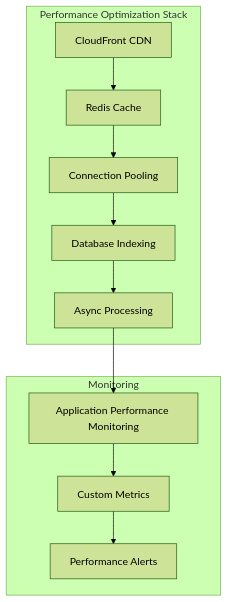
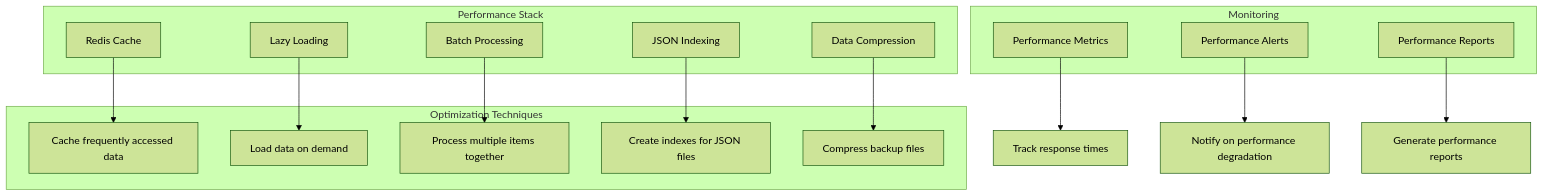
Before and after one commit to Shakour-Data/AutoProjectManagement: diagram 15 of 18 in Docs/Software_Engineering/Software_Architecture_Document.md, drawn with Mermaid (forest theme). The commit also changed other lines of this file, not shown here.

````diff
--- a/Docs/Software_Engineering/Software_Architecture_Document.md
+++ b/Docs/Software_Engineering/Software_Architecture_Document.md
@@ -704,24 +724,28 @@
 ```mermaid
 graph TB
-    subgraph "Performance Optimization Stack"
-        CDN[CloudFront CDN]
+    subgraph "Performance Stack"
         Cache[Redis Cache]
-        DBPool[Connection Pooling]
-        Index[Database Indexing]
-        Async[Async Processing]
+        Lazy[Lazy Loading]
+        Batch[Batch Processing]
+        Index[JSON Indexing]
+        Compress[Data Compression]
     end
     
     subgraph "Monitoring"
-        APM[Application Performance Monitoring]
-        Metrics[Custom Metrics]
+        Metrics[Performance Metrics]
         Alerts[Performance Alerts]
+        Reports[Performance Reports]
     end
     
-    CDN --> Cache
-    Cache --> DBPool
-    DBPool --> Index
-    Index --> Async
-    Async --> APM
-    APM --> Metrics
-    Metrics --> Alerts
+    subgraph "Optimization Techniques"
+        Cache --> C1[Cache frequently accessed data]
+        Lazy --> L1[Load data on demand]
+        Batch --> B1[Process multiple items together]
+        Index --> I1[Create indexes for JSON files]
+        Compress --> C2[Compress backup files]
+    end
+    
+    Metrics --> M1[Track response times]
+    Alerts --> A1[Notify on performance degradation]
+    Reports --> R1[Generate performance reports]
 ```
````
